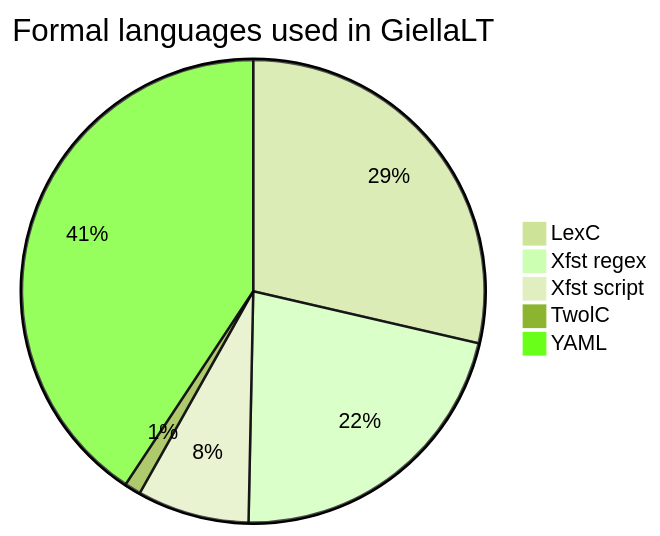
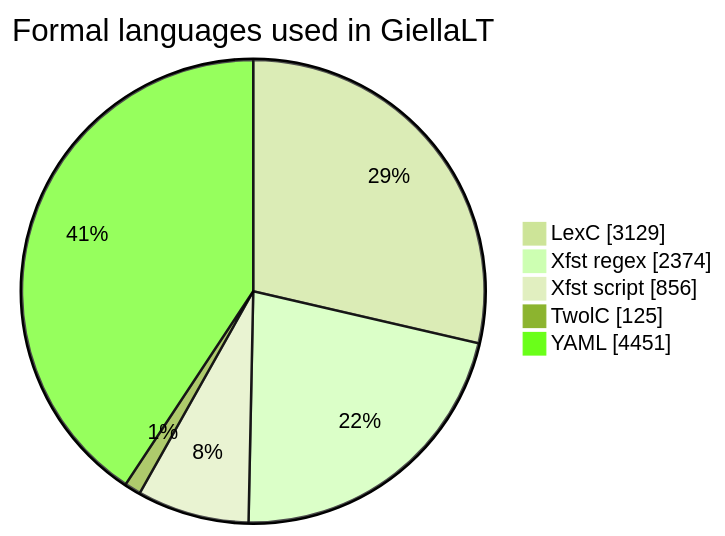
Before and after one commit to giellalt/giellalt.github.io: the diagram in infra/MarkdownTestReference.md, drawn with Mermaid (forest theme).

Commit message:
show data

````diff
--- a/infra/MarkdownTestReference.md
+++ b/infra/MarkdownTestReference.md
@@ -192,8 +192,9 @@
 ```mermaid
-pie title Formal languages used in GiellaLT
+pie showData
+    title Formal languages used in GiellaLT
     "LexC" : 3129
     "Xfst regex" : 2374
     "Xfst script" : 856
     "TwolC" : 125
     "YAML" : 4451
 ```
````
